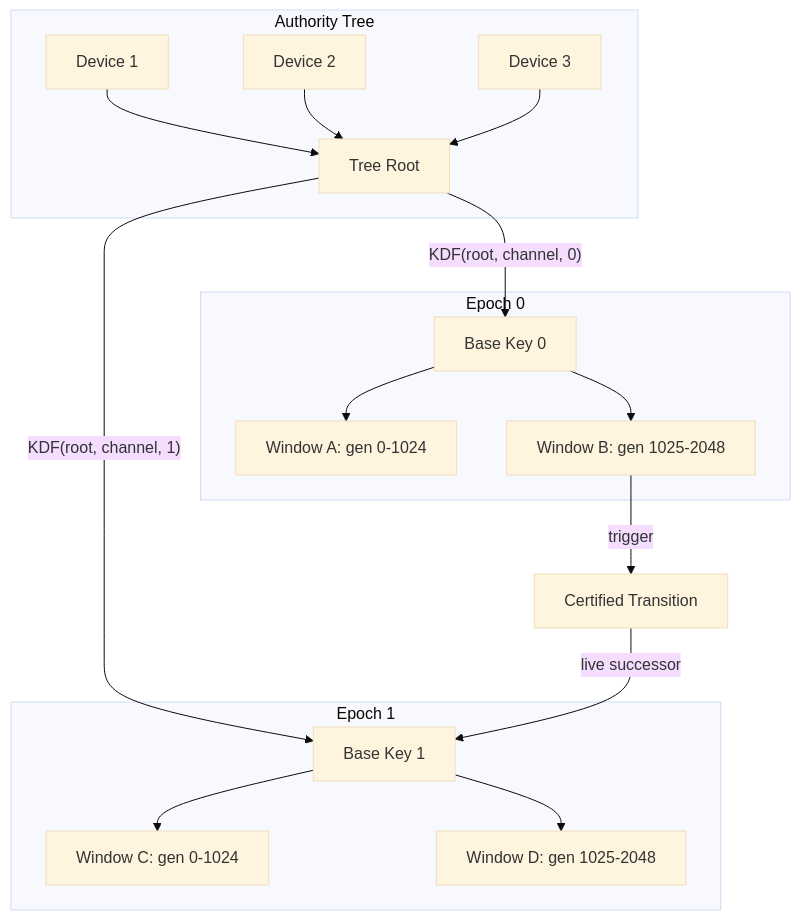
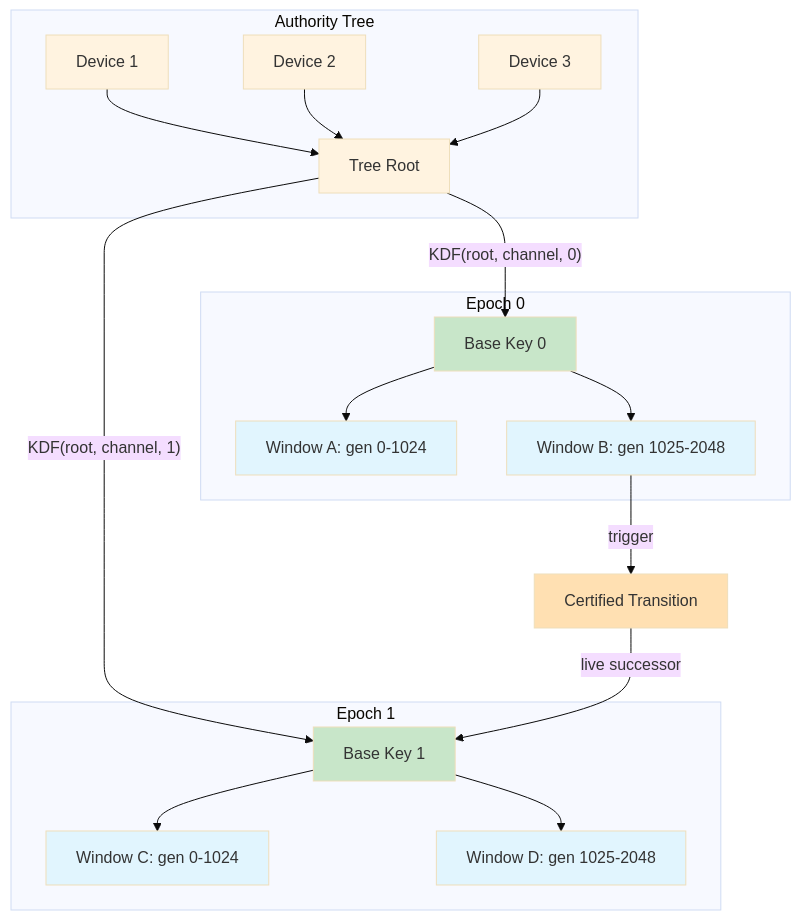
Before and after one commit to hxrts/weboftru.st: the diagram in content/post/00-p2p-resilience.md, drawn with Mermaid (base theme). The commit also changed other lines of this file and 12 other files, not shown here.

````diff
--- a/content/post/00-p2p-resilience.md
+++ b/content/post/00-p2p-resilience.md
@@ -115,25 +94,37 @@
 ```mermaid
 flowchart TD
     subgraph Authority ["Authority Tree"]
         Root[Tree Root]
         D1[Device 1] --> Root
         D2[Device 2] --> Root
         D3[Device 3] --> Root
     end
 
     subgraph Epoch0 ["Epoch 0"]
         Root --> |"KDF(root, channel, 0)"| Base0[Base Key 0]
         Base0 --> W0A["Window A: gen 0-1024"]
         Base0 --> W0B["Window B: gen 1025-2048"]
     end
 
     W0B --> |"trigger"| Transition[Certified Transition]
 
     subgraph Epoch1 ["Epoch 1"]
         Root --> |"KDF(root, channel, 1)"| Base1[Base Key 1]
         Base1 --> W1C["Window C: gen 0-1024"]
         Base1 --> W1D["Window D: gen 1025-2048"]
     end
 
     Transition --> |"live successor"| Base1
+
+    style Root fill:#fff3e0
+    style D1 fill:#fff3e0
+    style D2 fill:#fff3e0
+    style D3 fill:#fff3e0
+    style Base0 fill:#c8e6c9
+    style Base1 fill:#c8e6c9
+    style W0A fill:#e1f5fe
+    style W0B fill:#e1f5fe
+    style W1C fill:#e1f5fe
+    style W1D fill:#e1f5fe
+    style Transition fill:#ffe0b2
 ```
````
